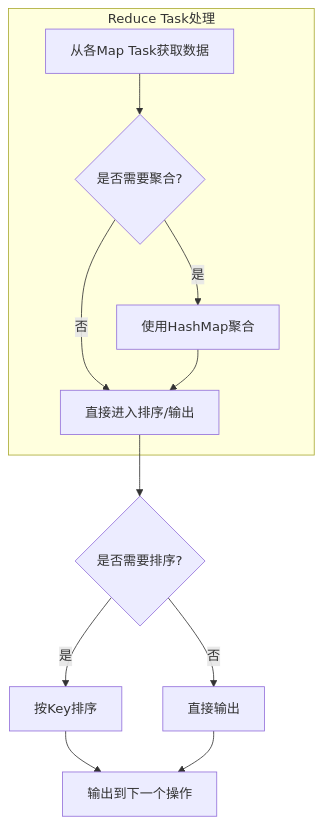
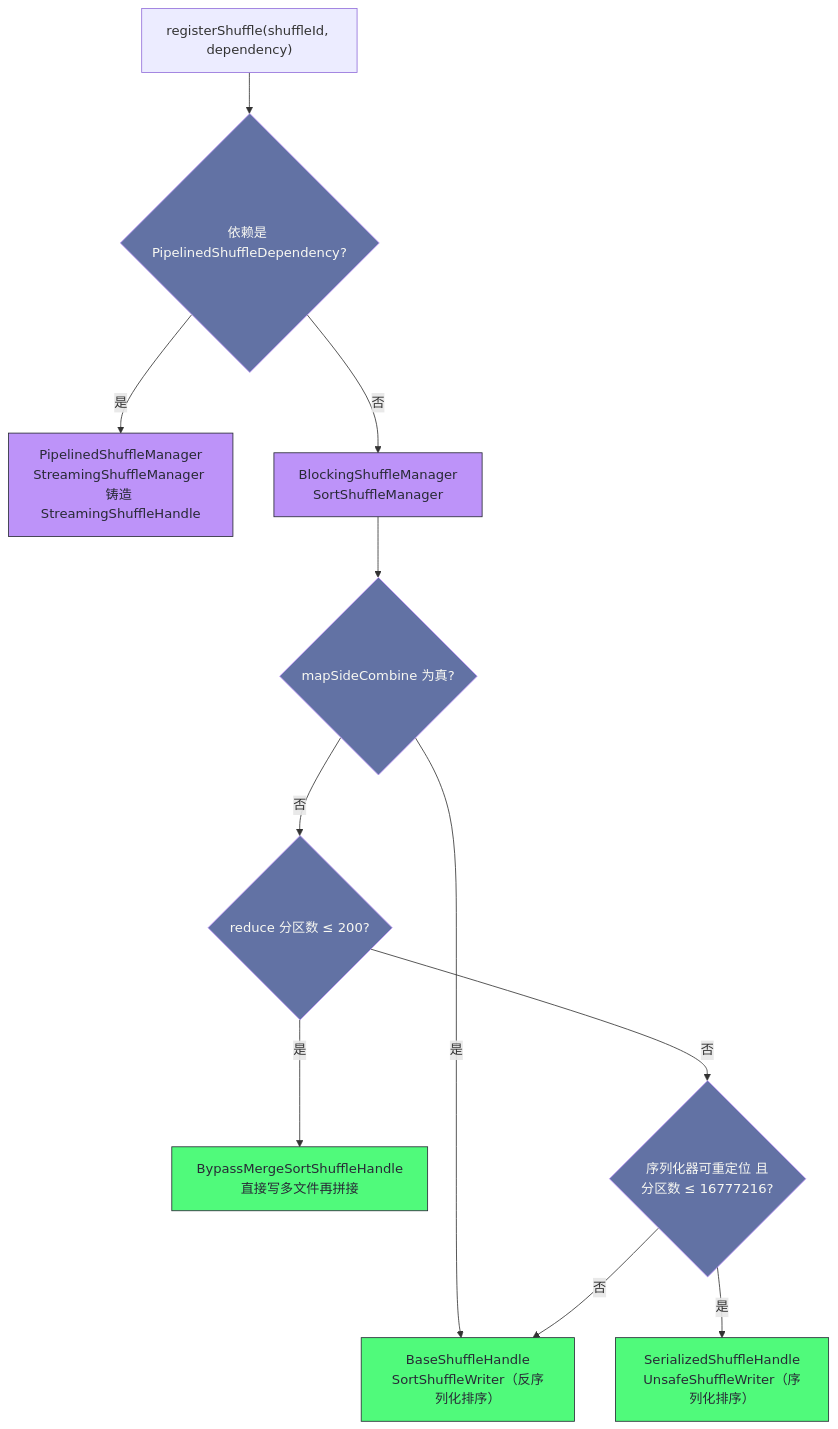
One commit to hpliStartAgain/my-brain changed the fourth of 5 diagrams in content/大数据/Spark/读书笔记-spark内核/05_Shuffle核心机制/2. Spark_Shuffle框架设计与实现.md. Above: the diagram before and after it, drawn with Mermaid. The commit also changed other lines of this file and 259 other files, not shown here.

````diff
--- a/content/大数据/Spark/读书笔记-spark内核/05_Shuffle核心机制/2. Spark_Shuffle框架设计与实现.md
+++ b/content/大数据/Spark/读书笔记-spark内核/05_Shuffle核心机制/2. Spark_Shuffle框架设计与实现.md
@@ -184,15 +495,20 @@
 ```mermaid
+%%{init: {'theme': 'dracula'}}%%
 flowchart TD
-    subgraph "Reduce Task处理"
-        A["从各Map Task获取数据"] --> B{"是否需要聚合?"}
-        B -->|"是"| C["使用HashMap聚合"]
-        B -->|"否"| D["直接进入排序/输出"]
-        C --> D
-    end
-    
-    D --> E{"是否需要排序?"}
-    E -->|"是"| F["按Key排序"]
-    E -->|"否"| G["直接输出"]
-    F --> H["输出到下一个操作"]
-    G --> H
+    A["registerShuffle(shuffleId, dependency)"] --> B{"依赖是 PipelinedShuffleDependency?"}
+    B -- "是" --> C["PipelinedShuffleManager<br/>StreamingShuffleManager 铸造 StreamingShuffleHandle"]
+    B -- "否" --> D["BlockingShuffleManager<br/>SortShuffleManager"]
+    D --> E{"mapSideCombine 为真?"}
+    E -- "是" --> G["BaseShuffleHandle<br/>SortShuffleWriter（反序列化排序）"]
+    E -- "否" --> F{"reduce 分区数 ≤ 200?"}
+    F -- "是" --> H["BypassMergeSortShuffleHandle<br/>直接写多文件再拼接"]
+    F -- "否" --> I{"序列化器可重定位 且<br/>分区数 ≤ 16777216?"}
+    I -- "是" --> J["SerializedShuffleHandle<br/>UnsafeShuffleWriter（序列化排序）"]
+    I -- "否" --> G
+    classDef route fill:#bd93f9,stroke:#282a36,color:#282a36
+    classDef pick fill:#50fa7b,stroke:#282a36,color:#282a36
+    classDef gate fill:#6272a4,stroke:#bd93f9,color:#f8f8f2
+    class B,E,F,I gate
+    class C,D route
+    class G,H,J pick
 ```
````
